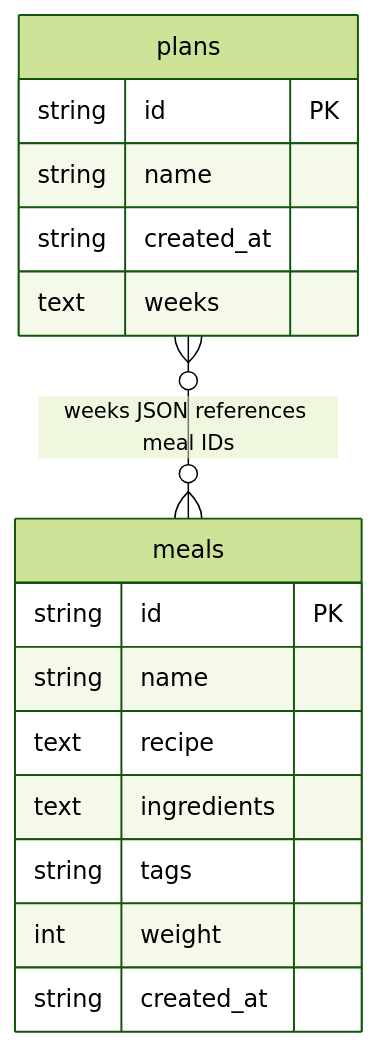
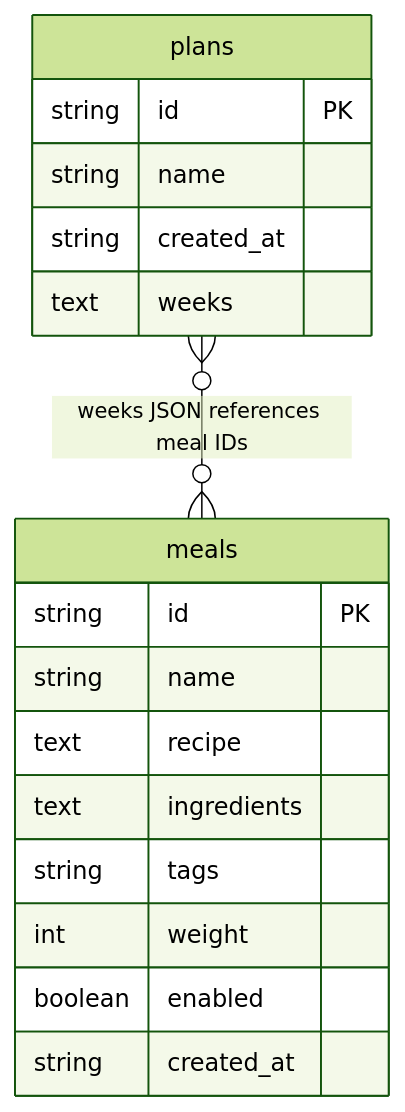
The third of 6 diagrams in docs/architecture.md (deilers/meal-planning), drawn with Mermaid (forest theme) before and after one commit. The commit also changed other lines of this file and 1 other file, not shown here.

Commit message:
Update architecture and implementation plan docs for Phase 3

````diff
--- a/docs/architecture.md
+++ b/docs/architecture.md
@@ -47,21 +47,22 @@
 ```mermaid
 erDiagram
     meals {
-        string id PK
-        string name
-        text   recipe
-        text   ingredients
-        string tags
-        int    weight
-        string created_at
+        string  id PK
+        string  name
+        text    recipe
+        text    ingredients
+        string  tags
+        int     weight
+        boolean enabled
+        string  created_at
     }
 
     plans {
         string id PK
         string name
         string created_at
         text   weeks
     }
 
     plans }o--o{ meals : "weeks JSON references meal IDs"
 ```
````
